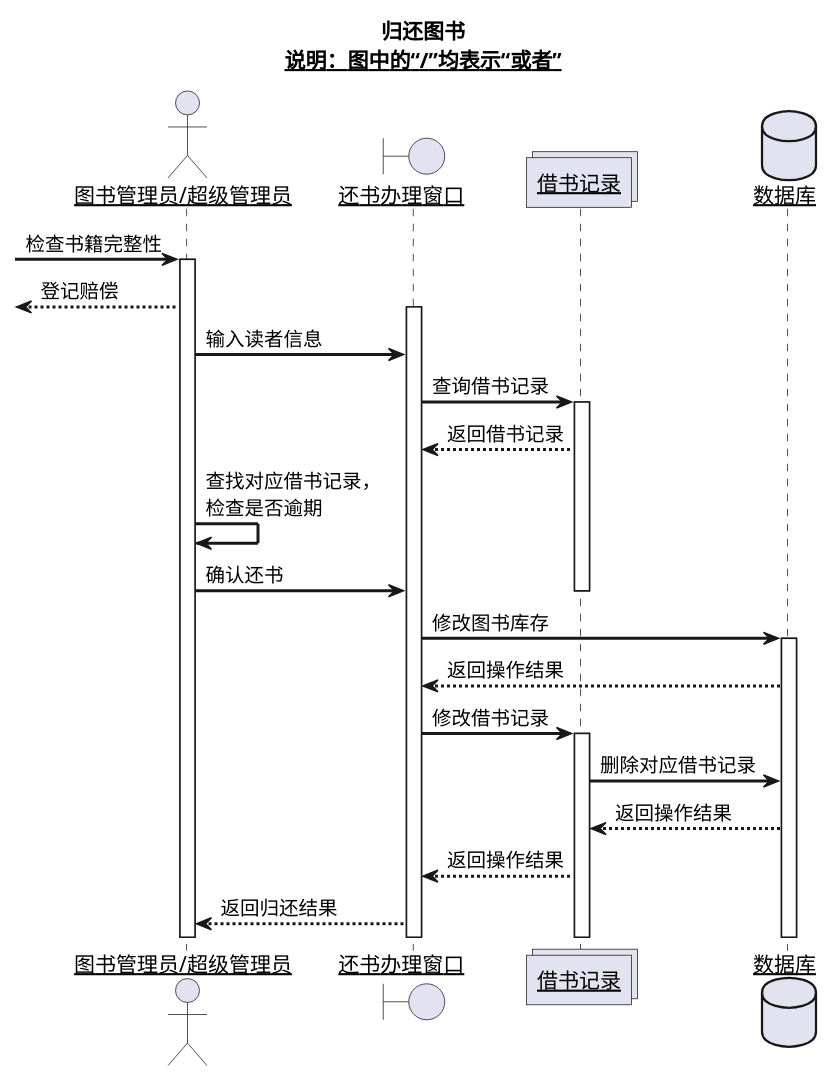
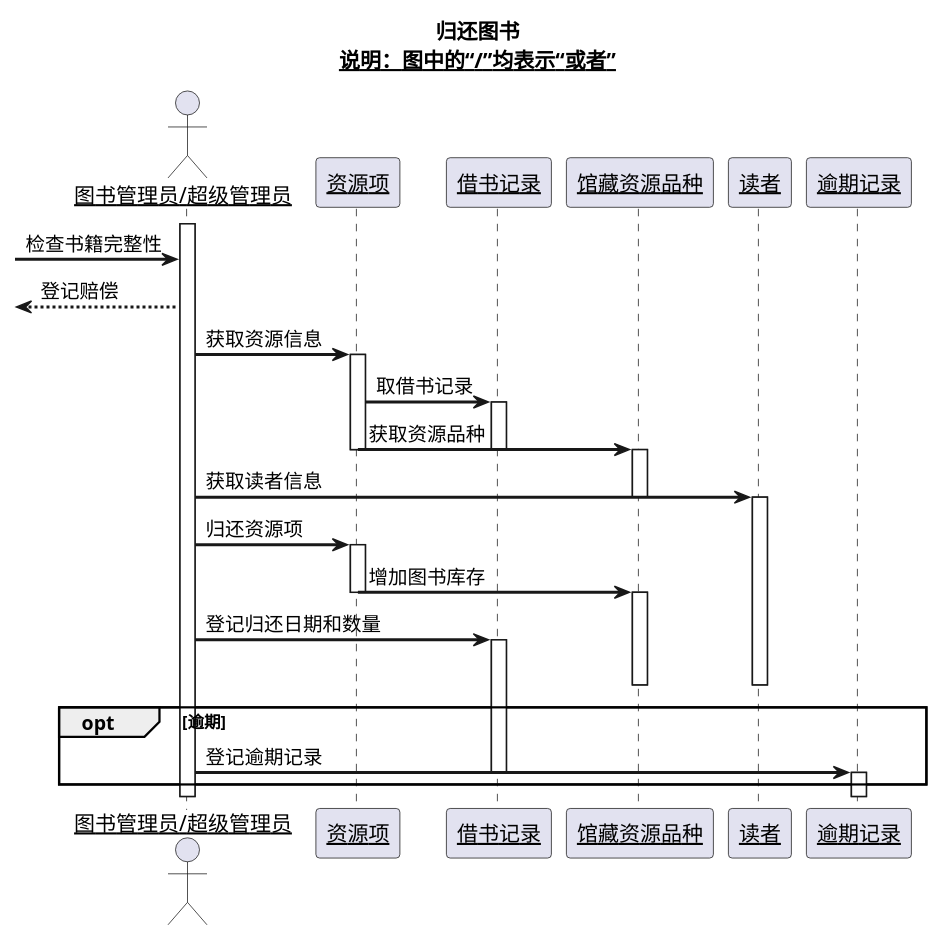
The diagram in test4/sequence4.md (Landy7/is_analysis), drawn with PlantUML before and after one commit. The commit also changed 24 other files, not shown here.

```diff
--- a/test4/sequence4.md
+++ b/test4/sequence4.md
@@ -1,34 +1,50 @@
 @startuml
 title
  归还图书
  <u>说明：图中的“/”均表示“或者”</u>
 end title
 skinparam sequenceArrowThickness 2
 skinparam maxmessagesize 60
 skinparam sequenceParticipant underline
 actor "图书管理员/超级管理员" as U
-boundary "还书办理窗口   " as A
-collections "借书记录" as B
-database "数据库" as C
+participant "资源项" as A
+participant "借书记录" as B
+participant "馆藏资源品种" as C
+participant "读者" as D
+participant "逾期记录" as E
+activate U
+
 -> U:检查书籍完整性
-activate U
 <-- U:登记赔偿
+
+U ->A:获取资源信息
 activate A
-U ->A:输入读者信息
-A ->B:查询借书记录
+A ->B:取借书记录
+
 activate B
-B -->A:返回借书记录
-U ->U:查找对应借书记录，检查是否逾期
-U ->A:确认还书
+A ->C:获取资源品种
+deactivate A
 deactivate B
-A ->C:修改图书库存
+
 activate C
-C -->A:返回操作结果
-A ->B:修改借书记录
+U ->D:获取读者信息
+deactivate C
+activate D
+
+U ->A:归还资源项
+activate A
+
+A ->C:增加图书库存
+deactivate A
+
+activate C
+U ->B:登记归还日期和数量
 activate B
-B ->C:删除对应借书记录
-C -->B:返回操作结果
-B -->A:返回操作结果
-A -->U:返回归还结果
-
+deactivate C
+deactivate D
+opt 逾期
+   U ->E:登记逾期记录
+   deactivate B
+   activate E
+end
 @enduml
```
